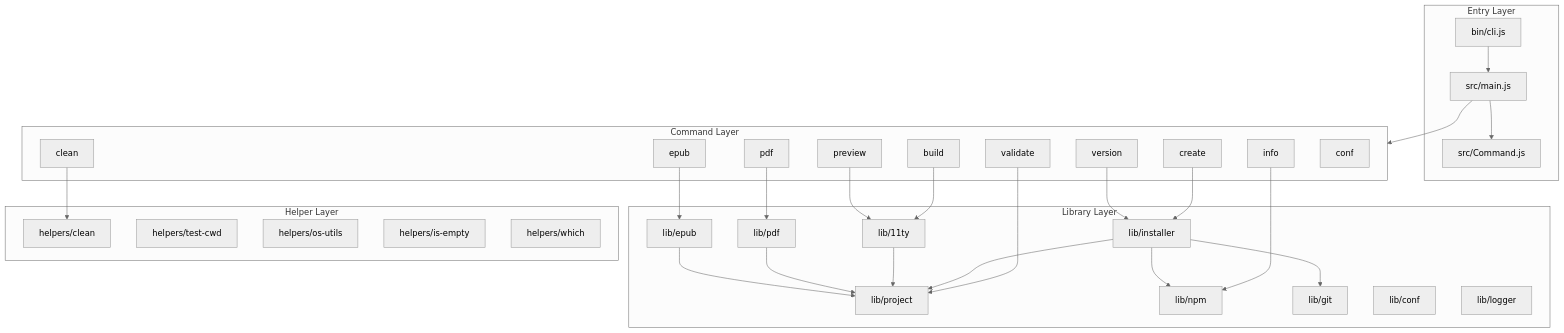
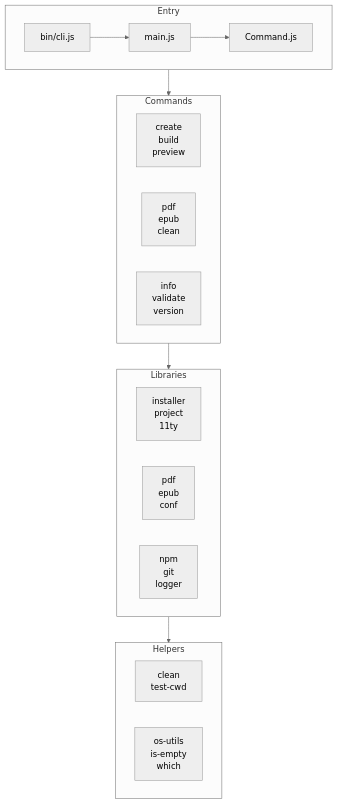
The first of 7 diagrams in packages/cli/docs/cli-architecture.md (thegetty/quire), drawn with Mermaid (neutral theme) before and after one commit.

Commit message:
Reflow cli component architecture diagram

````diff
--- a/packages/cli/docs/cli-architecture.md
+++ b/packages/cli/docs/cli-architecture.md
@@ -133,62 +133,31 @@
 ```mermaid
 graph TB
-    subgraph Entry["Entry Layer"]
-        CLI[bin/cli.js]
-        Main[src/main.js]
-        Cmd[src/Command.js]
+    subgraph Entry["Entry"]
+        CLI[bin/cli.js] --> Main[main.js]
+        Main --> Cmd[Command.js]
     end
 
-    subgraph Commands["Command Layer"]
-        Create[create]
-        Build[build]
-        Preview[preview]
-        PDF[pdf]
-        EPUB[epub]
-        Clean[clean]
-        Info[info]
-        Validate[validate]
-        Version[version]
-        Conf[conf]
+    subgraph Commands["Commands"]
+        direction LR
+        C1[create<br/>build<br/>preview]
+        C2[pdf<br/>epub<br/>clean]
+        C3[info<br/>validate<br/>version]
     end
 
-    subgraph Libraries["Library Layer"]
-        Installer[lib/installer]
-        Project[lib/project]
-        Eleventy[lib/11ty]
-        PDFLib[lib/pdf]
-        EPUBLib[lib/epub]
-        NPM[lib/npm]
-        Git[lib/git]
-        Config[lib/conf]
-        Logger[lib/logger]
+    subgraph Libraries["Libraries"]
+        direction LR
+        L1[installer<br/>project<br/>11ty]
+        L2[pdf<br/>epub<br/>conf]
+        L3[npm<br/>git<br/>logger]
     end
 
-    subgraph Helpers["Helper Layer"]
-        CleanHelper[helpers/clean]
-        TestCwd[helpers/test-cwd]
-        OSUtils[helpers/os-utils]
-        IsEmpty[helpers/is-empty]
-        Which[helpers/which]
+    subgraph Helpers["Helpers"]
+        direction LR
+        H1[clean<br/>test-cwd]
+        H2[os-utils<br/>is-empty<br/>which]
     end
 
-    CLI --> Main
-    Main --> Cmd
-    Main --> Commands
-
-    Create --> Installer
-    Build --> Eleventy
-    Preview --> Eleventy
-    PDF --> PDFLib
-    EPUB --> EPUBLib
-    Clean --> CleanHelper
-    Info --> NPM
-    Validate --> Project
-    Version --> Installer
-
-    Installer --> Git
-    Installer --> NPM
-    Installer --> Project
-    Eleventy --> Project
-    PDFLib --> Project
-    EPUBLib --> Project
+    Entry --> Commands
+    Commands --> Libraries
+    Libraries --> Helpers
 ```
````
